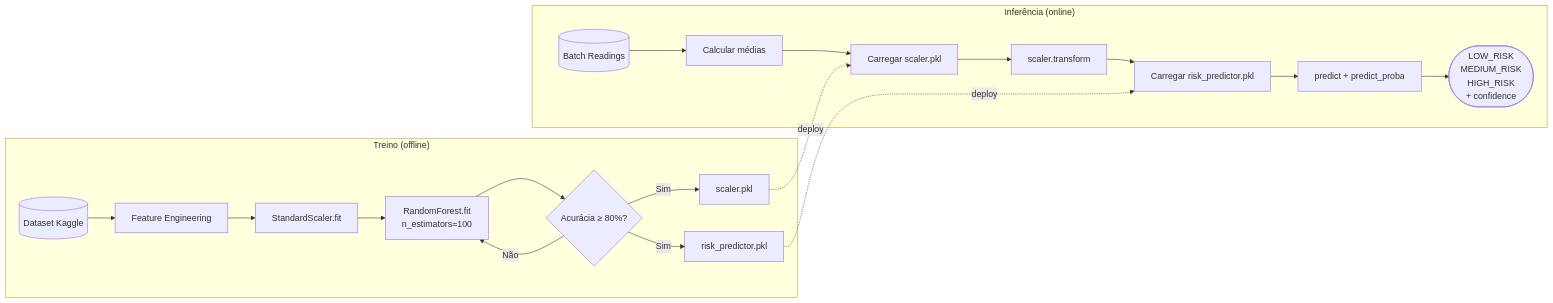
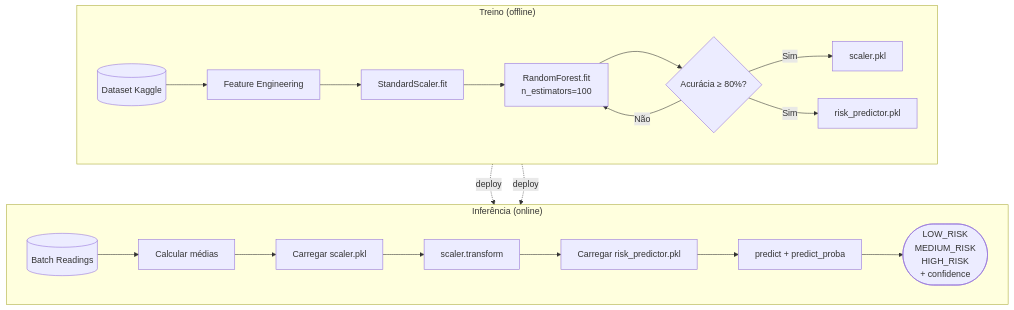
The fifth of 9 diagrams in docs/DIAGRAMAS.md (micheleoliveiracod/Projeto-avaliativo-M1-2-BiotecPredict), drawn with Mermaid before and after one commit. The commit also changed other lines of this file, not shown here.

Commit message:
docs: altera layout do diagrama 05-pipeline-ml

````diff
--- a/docs/DIAGRAMAS.md
+++ b/docs/DIAGRAMAS.md
@@ -172,24 +174,26 @@
 ```mermaid
-flowchart LR
+flowchart TB
     subgraph TRAIN ["Treino (offline)"]
-        DS[(Dataset Kaggle)] --> FE[Feature Engineering]
-        FE --> SC_FIT[StandardScaler.fit]
-        SC_FIT --> RF_FIT[RandomForest.fit\nn_estimators=100]
-        RF_FIT --> EVAL{Acurácia ≥ 80%?}
+        direction LR
+        DS[(Dataset Kaggle)] --> FEAT[Feature Engineering]
+        FEAT --> SC_FIT[StandardScaler.fit]
+        SC_FIT --> RF_FIT["RandomForest.fit\nn_estimators=100"]
+        RF_FIT --> EVAL{"Acurácia ≥ 80%?"}
         EVAL -- Não --> RF_FIT
         EVAL -- Sim --> SAVE_SC[scaler.pkl]
         EVAL -- Sim --> SAVE_RF[risk_predictor.pkl]
     end
 
     subgraph INFER ["Inferência (online)"]
+        direction LR
         BATCH[(Batch Readings)] --> AGGR[Calcular médias]
         AGGR --> LOAD_SC[Carregar scaler.pkl]
         LOAD_SC --> TRANSFORM[scaler.transform]
         TRANSFORM --> LOAD_RF[Carregar risk_predictor.pkl]
         LOAD_RF --> PRED[predict + predict_proba]
-        PRED --> OUT([LOW_RISK\nMEDIUM_RISK\nHIGH_RISK\n+ confidence])
+        PRED --> OUT(["LOW_RISK\nMEDIUM_RISK\nHIGH_RISK\n+ confidence"])
     end
 
     SAVE_SC -.->|deploy| LOAD_SC
     SAVE_RF -.->|deploy| LOAD_RF
 ```
````
